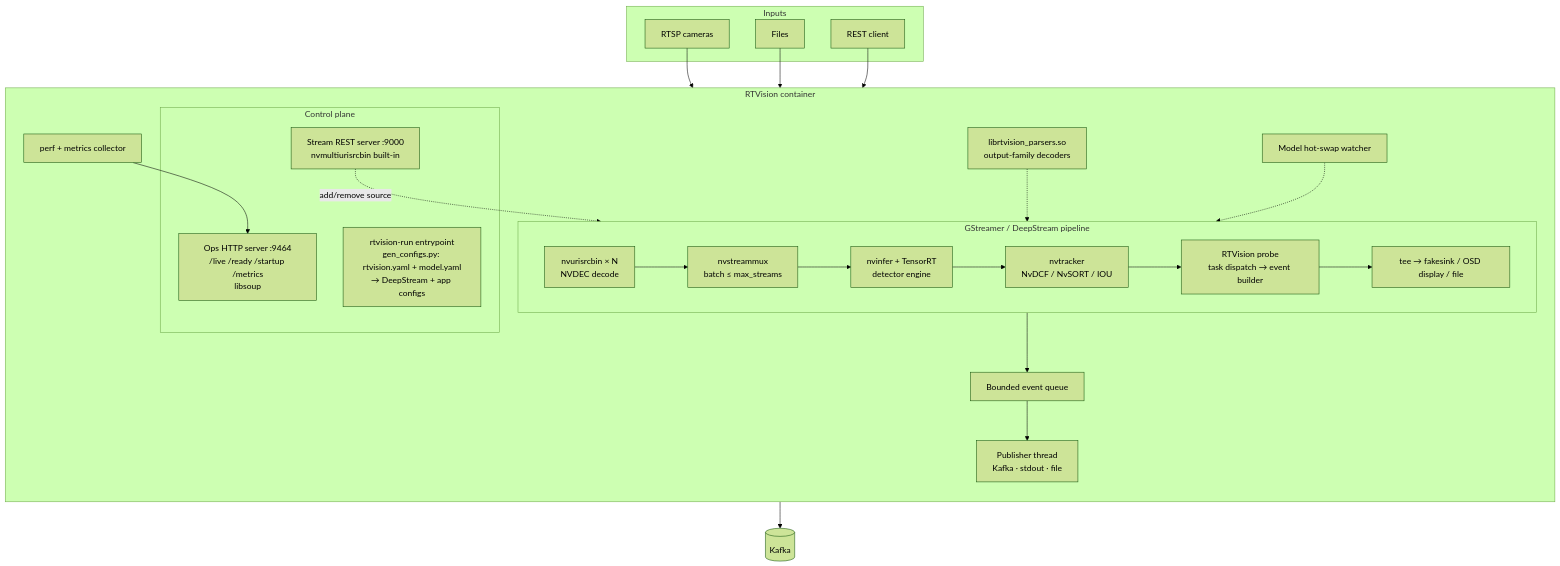
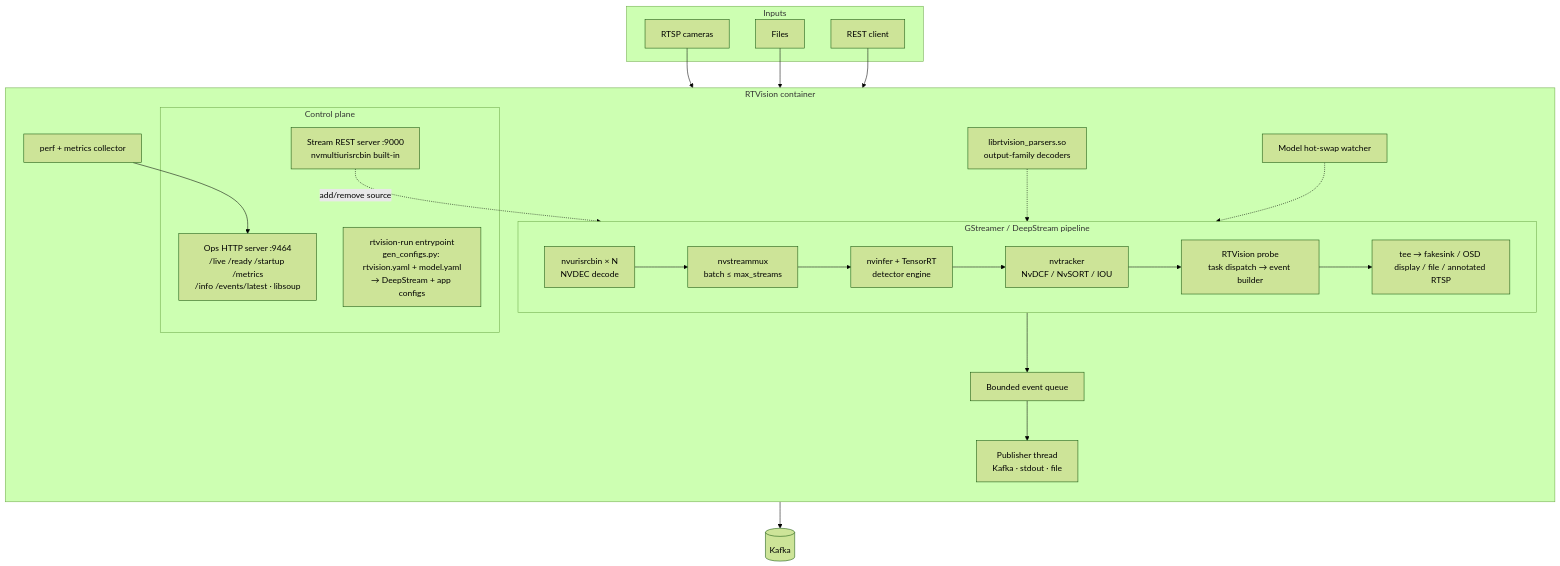
The second of 4 diagrams in ARCHITECTURE.md (abhinand4as/rtvision), drawn with Mermaid (forest theme) before and after one commit. The commit also changed other lines of this file and 15 other files, not shown here.

````diff
--- a/ARCHITECTURE.md
+++ b/ARCHITECTURE.md
@@ -53,36 +60,36 @@
 ```mermaid
 flowchart TB
   subgraph IN[Inputs]
     RTSP[RTSP cameras]
     FILES[Files]
     REST_CLIENT[REST client]
   end
 
   subgraph PC[RTVision container]
     direction TB
     subgraph CTRL[Control plane]
       RESTSRV[Stream REST server :9000<br/>nvmultiurisrcbin built-in]
-      OPS[Ops HTTP server :9464<br/>/live /ready /startup /metrics<br/>libsoup]
+      OPS[Ops HTTP server :9464<br/>/live /ready /startup /metrics<br/>/info /events/latest · libsoup]
       CFG[rtvision-run entrypoint<br/>gen_configs.py: rtvision.yaml + model.yaml<br/>→ DeepStream + app configs]
     end
     subgraph PIPE[GStreamer / DeepStream pipeline]
       direction LR
       SRC[nvurisrcbin × N<br/>NVDEC decode] --> MUX[nvstreammux<br/>batch ≤ max_streams]
       MUX --> PGIE[nvinfer + TensorRT<br/>detector engine]
       PGIE --> TRK[nvtracker<br/>NvDCF / NvSORT / IOU]
       TRK --> PROBE[RTVision probe<br/>task dispatch → event builder]
-      PROBE --> TEE[tee → fakesink / OSD display / file]
+      PROBE --> TEE[tee → fakesink / OSD display / file / annotated RTSP]
     end
     PARSER[librtvision_parsers.so<br/>output-family decoders] -.-> PGIE
     PROBE --> Q[Bounded event queue]
     Q --> PUB[Publisher thread<br/>Kafka · stdout · file]
     PERF[perf + metrics collector] --> OPS
     OTA[Model hot-swap watcher] -.-> PGIE
   end
 
   RTSP --> SRC
   FILES --> SRC
   REST_CLIENT --> RESTSRV
   RESTSRV -. add/remove source .-> SRC
   PUB --> KAFKA[(Kafka)]
 ```
````
